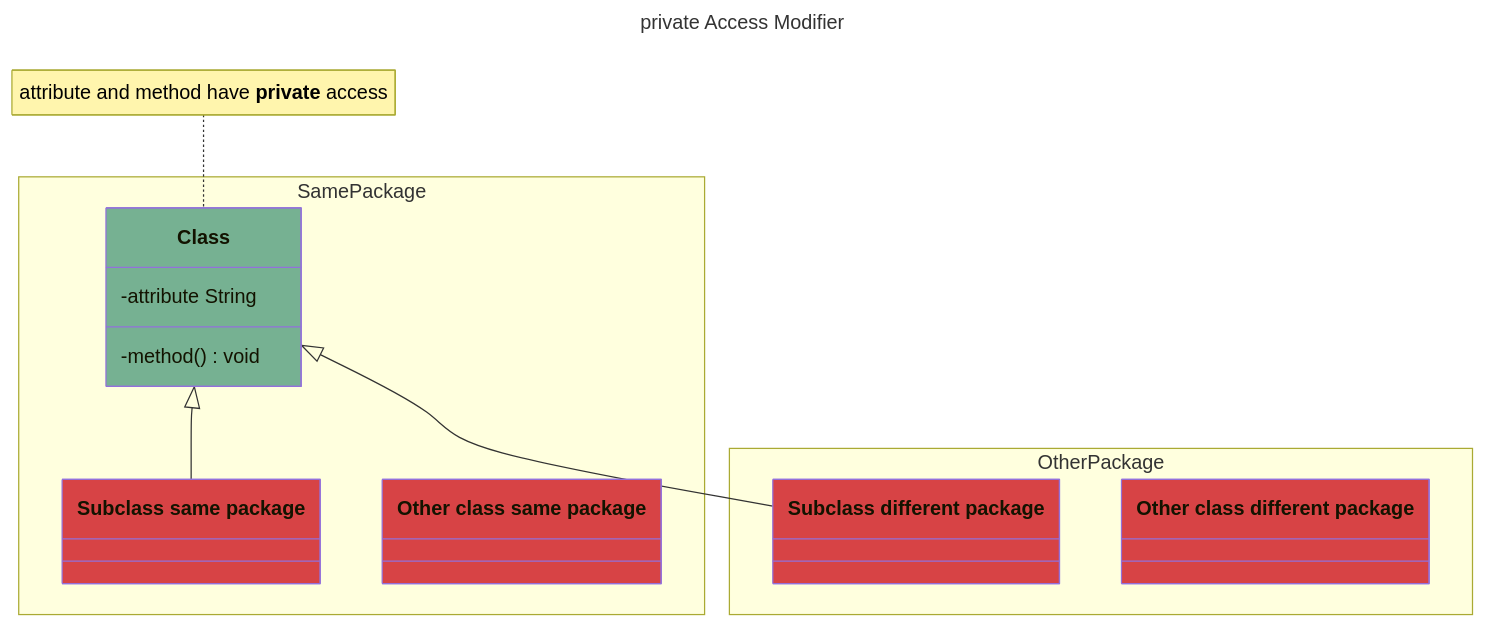
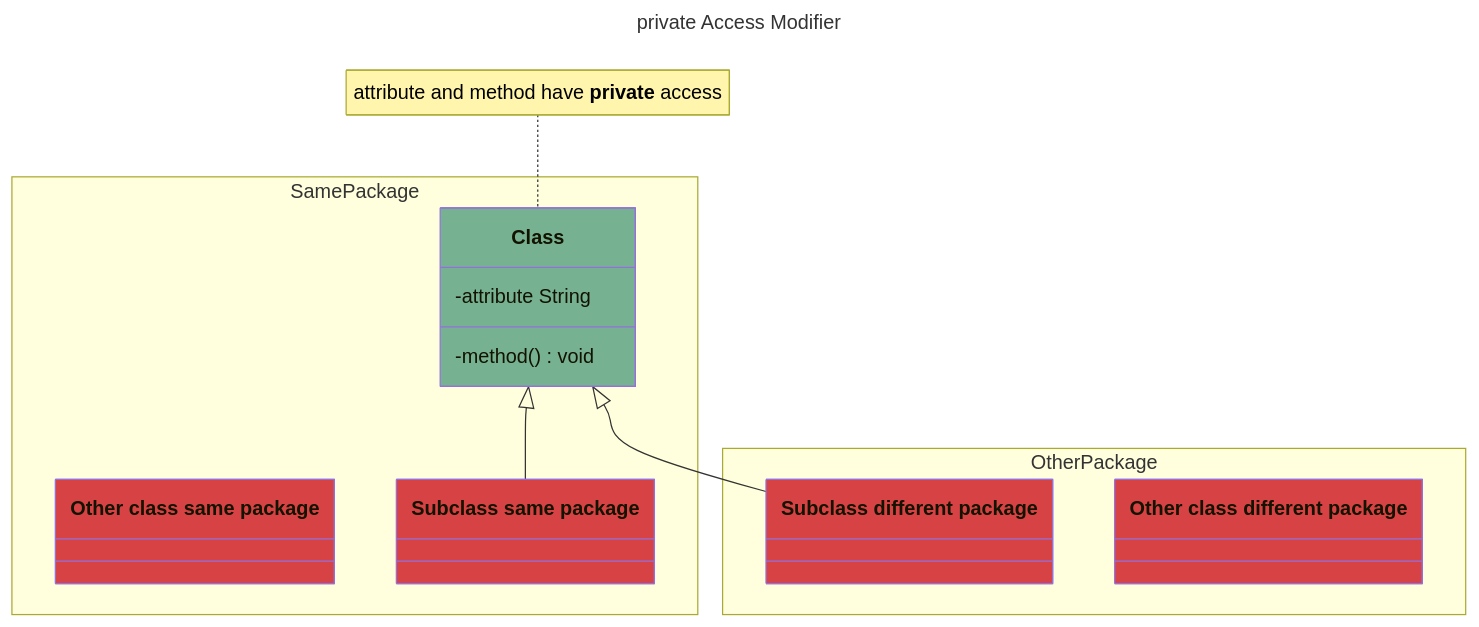
Before and after one commit to ebouchut-laplateforme/java-fundamentals: the second of 6 diagrams in README.md, drawn with Mermaid. The commit also changed other lines of this file, not shown here.

Commit message:
docs(README): Switch class order in the access modifiers diagrams

````diff
--- a/README.md
+++ b/README.md
@@ -72,32 +72,32 @@
 ```mermaid
 ---
 title: private Access Modifier
 ---
 classDiagram
     direction TB
     
     namespace SamePackage {
+        class OtherClassSamePackage["Other class same package"]:::cannot_access {
+        }
         class Class:::can_access {
             -attribute String
             -method()  void
         }
         class Subclass["Subclass same package"]:::cannot_access {
-        }
-        class OtherClassSamePackage["Other class same package"]:::cannot_access {
         }
     }
     note for Class "attribute and method have **private** access"
     Class <|-- Subclass
     
     namespace OtherPackage {
         class SubclassOtherPackage["Subclass different package"]:::cannot_access {
         }
         class ClassOtherPackage["Other class different package"]:::cannot_access {
         }
     }
     Class <|-- SubclassOtherPackage
     
     
     classDef can_access    fill:#76B192
     classDef cannot_access fill:#D74345
 ```
````
